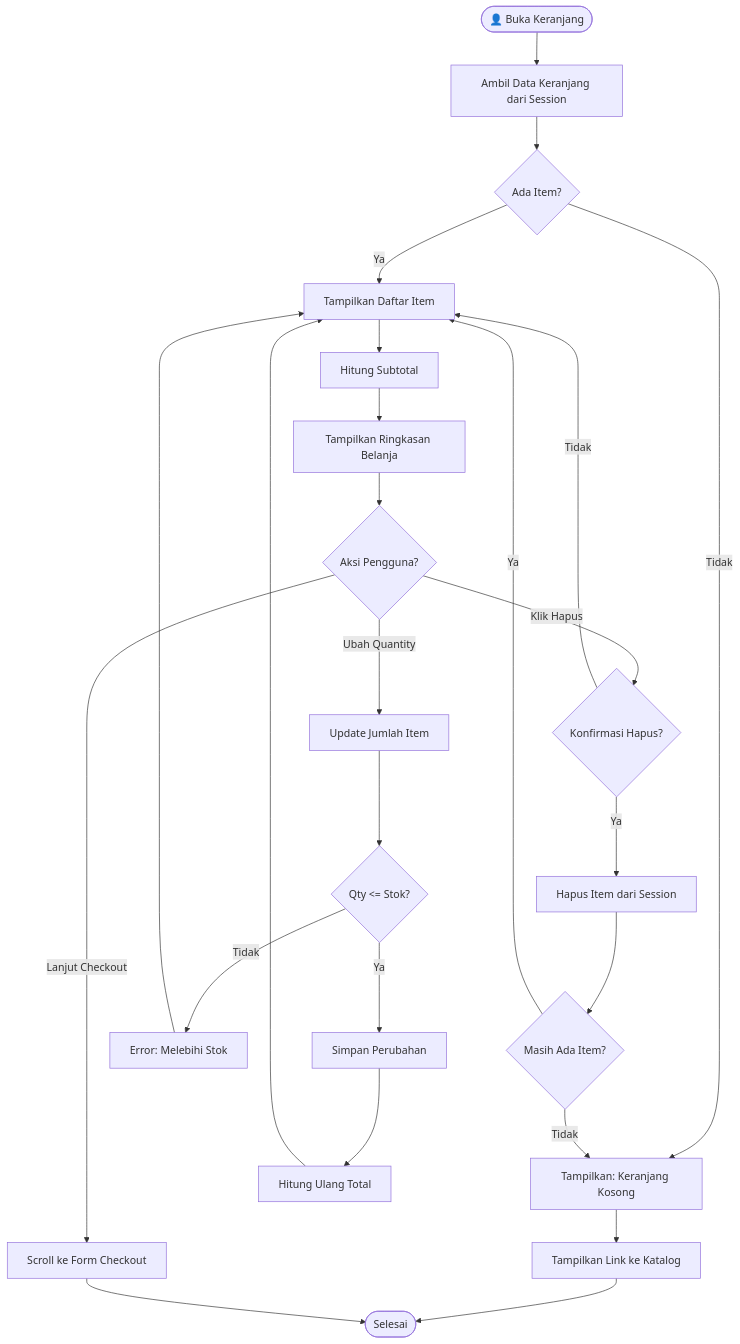
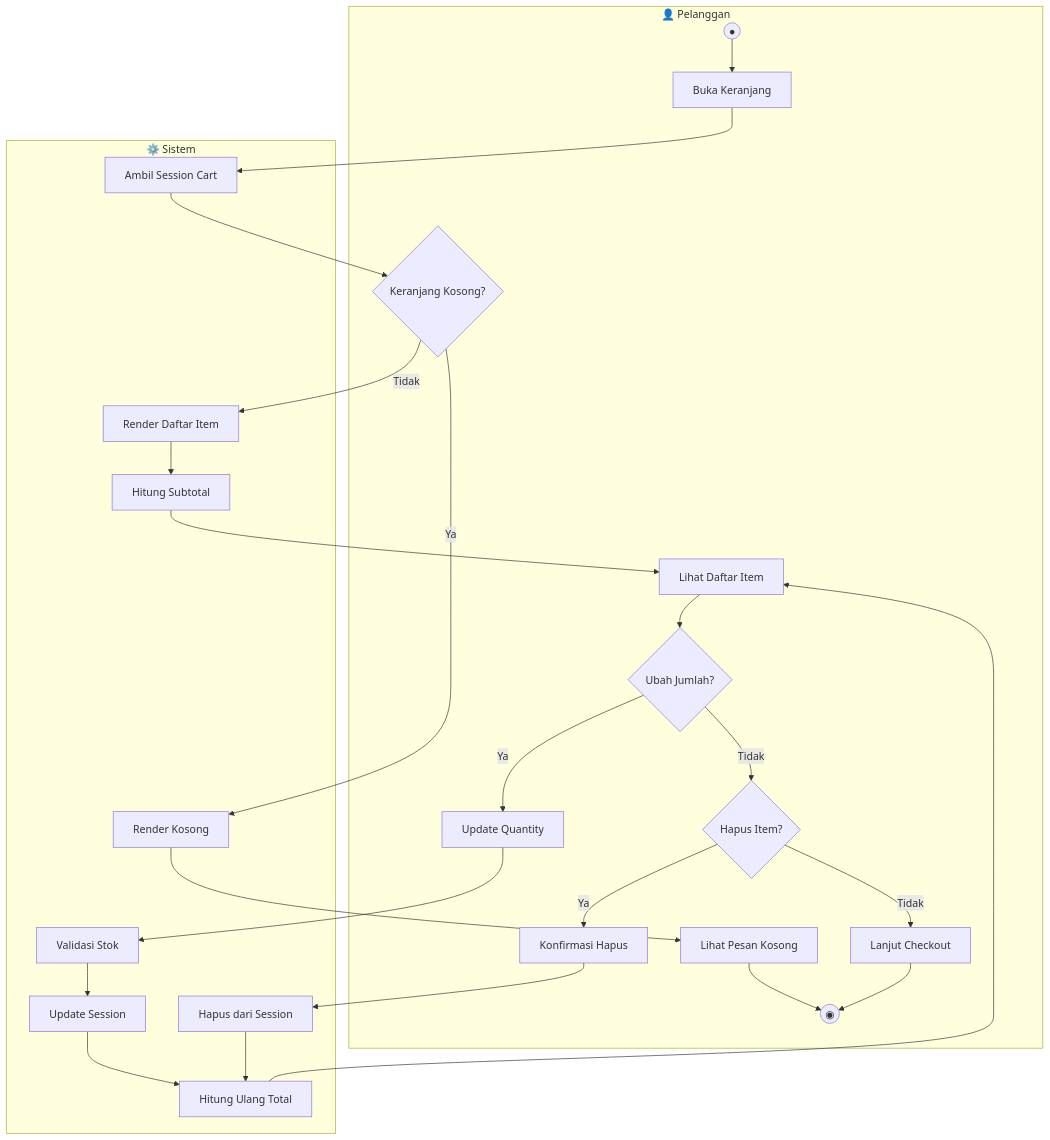
The fourth of 17 diagrams in docs/ACTIVITY_DIAGRAMS.md (mustarisyahding07-spec/WEBSITE_SKRIPSI_MUSTARI), drawn with Mermaid before and after one commit. The commit also changed other lines of this file, not shown here.

Commit message:
docs: update activity diagrams with swimlane format

````diff
--- a/docs/ACTIVITY_DIAGRAMS.md
+++ b/docs/ACTIVITY_DIAGRAMS.md
@@ -154,32 +212,49 @@
 ```mermaid
 flowchart TD
-    Start([👤 Buka Keranjang]) --> LoadCart[Ambil Data Keranjang dari Session]
-    LoadCart --> HasItems{Ada Item?}
+    subgraph Pelanggan["👤 Pelanggan"]
+        P1((●))
+        P2[Buka Keranjang]
+        P3{Keranjang Kosong?}
+        P4[Lihat Pesan Kosong]
+        P5[Lihat Daftar Item]
+        P6{Ubah Jumlah?}
+        P7[Update Quantity]
+        P8{Hapus Item?}
+        P9[Konfirmasi Hapus]
+        P10[Lanjut Checkout]
+        P11((◉))
+    end
     
-    HasItems -->|Tidak| ShowEmpty[Tampilkan: Keranjang Kosong]
-    ShowEmpty --> ShowCatalogLink[Tampilkan Link ke Katalog]
-    ShowCatalogLink --> End([Selesai])
+    subgraph Sistem["⚙️ Sistem"]
+        S1[Ambil Session Cart]
+        S2[Render Kosong]
+        S3[Render Daftar Item]
+        S4[Hitung Subtotal]
+        S5[Validasi Stok]
+        S6[Update Session]
+        S7[Hapus dari Session]
+        S8[Hitung Ulang Total]
+    end
     
-    HasItems -->|Ya| DisplayItems[Tampilkan Daftar Item]
-    DisplayItems --> CalculateSubtotal[Hitung Subtotal]
-    CalculateSubtotal --> DisplaySummary[Tampilkan Ringkasan Belanja]
-    DisplaySummary --> UserAction{Aksi Pengguna?}
-    
-    UserAction -->|Ubah Quantity| UpdateQty[Update Jumlah Item]
-    UpdateQty --> ValidateStock{Qty <= Stok?}
-    ValidateStock -->|Ya| SaveQty[Simpan Perubahan]
-    ValidateStock -->|Tidak| ShowMaxError[Error: Melebihi Stok]
-    ShowMaxError --> DisplayItems
-    SaveQty --> RecalculateCart[Hitung Ulang Total]
-    RecalculateCart --> DisplayItems
-    
-    UserAction -->|Klik Hapus| ConfirmDelete{Konfirmasi Hapus?}
-    ConfirmDelete -->|Ya| RemoveItem[Hapus Item dari Session]
-    ConfirmDelete -->|Tidak| DisplayItems
-    RemoveItem --> CheckRemaining{Masih Ada Item?}
-    CheckRemaining -->|Ya| DisplayItems
-    CheckRemaining -->|Tidak| ShowEmpty
-    
-    UserAction -->|Lanjut Checkout| GoToCheckout[Scroll ke Form Checkout]
-    GoToCheckout --> End
+    P1 --> P2
+    P2 --> S1
+    S1 --> P3
+    P3 -->|Ya| S2
+    S2 --> P4
+    P4 --> P11
+    P3 -->|Tidak| S3
+    S3 --> S4
+    S4 --> P5
+    P5 --> P6
+    P6 -->|Ya| P7
+    P7 --> S5
+    S5 --> S6
+    S6 --> S8
+    S8 --> P5
+    P6 -->|Tidak| P8
+    P8 -->|Ya| P9
+    P9 --> S7
+    S7 --> S8
+    P8 -->|Tidak| P10
+    P10 --> P11
 ```
````
